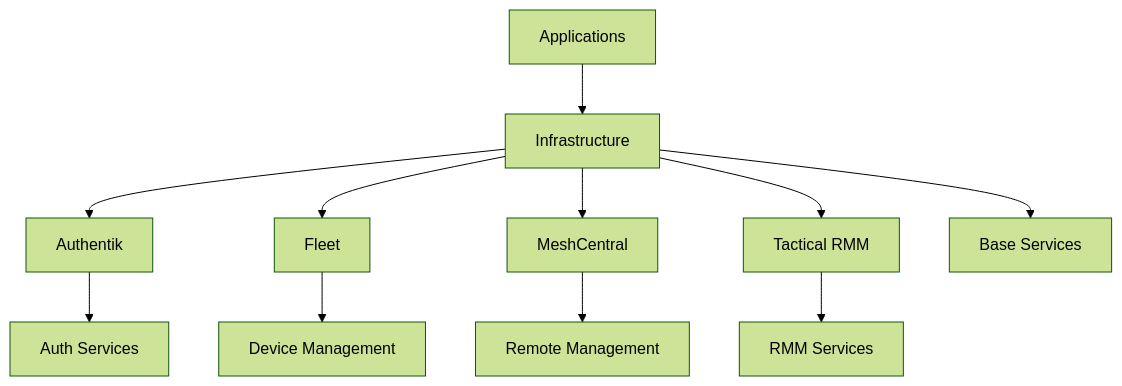
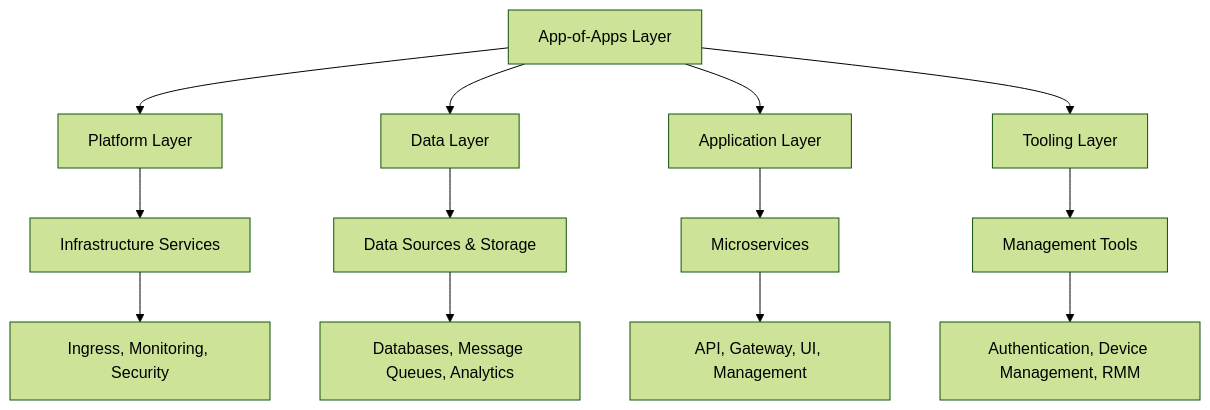
One commit to flamingo-stack/openframe-oss-tenant changed the diagram in manifests/README.md. Above: the diagram before and after it, drawn with Mermaid (forest theme). The commit also changed other lines of this file and 7 other files, not shown here.

````diff
--- a/manifests/README.md
+++ b/manifests/README.md
@@ -63,14 +9,17 @@
 ```mermaid
 graph TD
-    A[Applications] --> B[Infrastructure]
-    B --> C[Authentik]
-    B --> D[Fleet]
-    B --> E[MeshCentral]
-    B --> F[Tactical RMM]
-
-    B --> G[Base Services]
-    C --> H[Auth Services]
-    D --> I[Device Management]
-    E --> J[Remote Management]
-    F --> K[RMM Services]
+    A[App-of-Apps Layer] --> B[Platform Layer]
+    A --> C[Data Layer]
+    A --> D[Application Layer]
+    A --> E[Tooling Layer]
+    
+    B --> F[Infrastructure Services]
+    C --> G[Data Sources & Storage]
+    D --> H[Microservices]
+    E --> I[Management Tools]
+    
+    F --> J[Ingress, Monitoring, Security]
+    G --> K[Databases, Message Queues, Analytics]
+    H --> L[API, Gateway, UI, Management]
+    I --> M[Authentication, Device Management, RMM]
 ```
````
